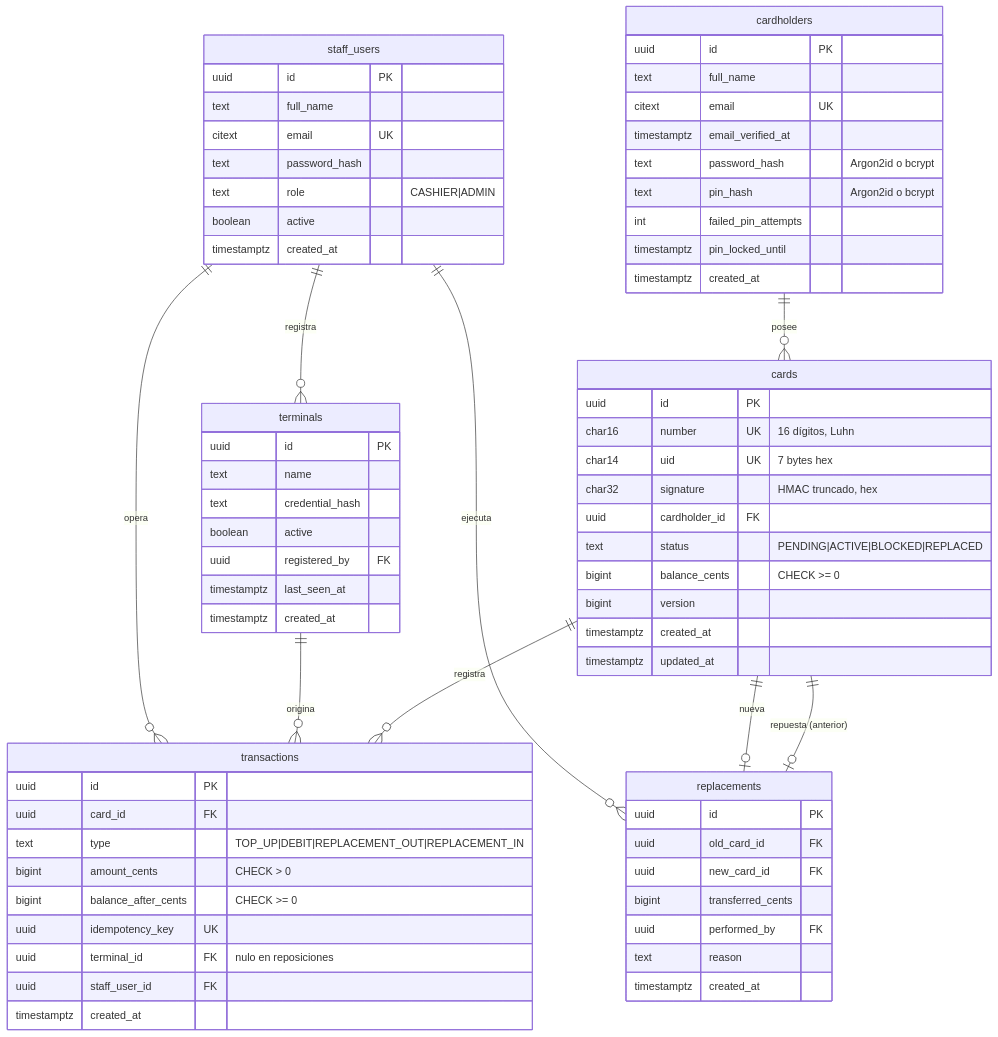
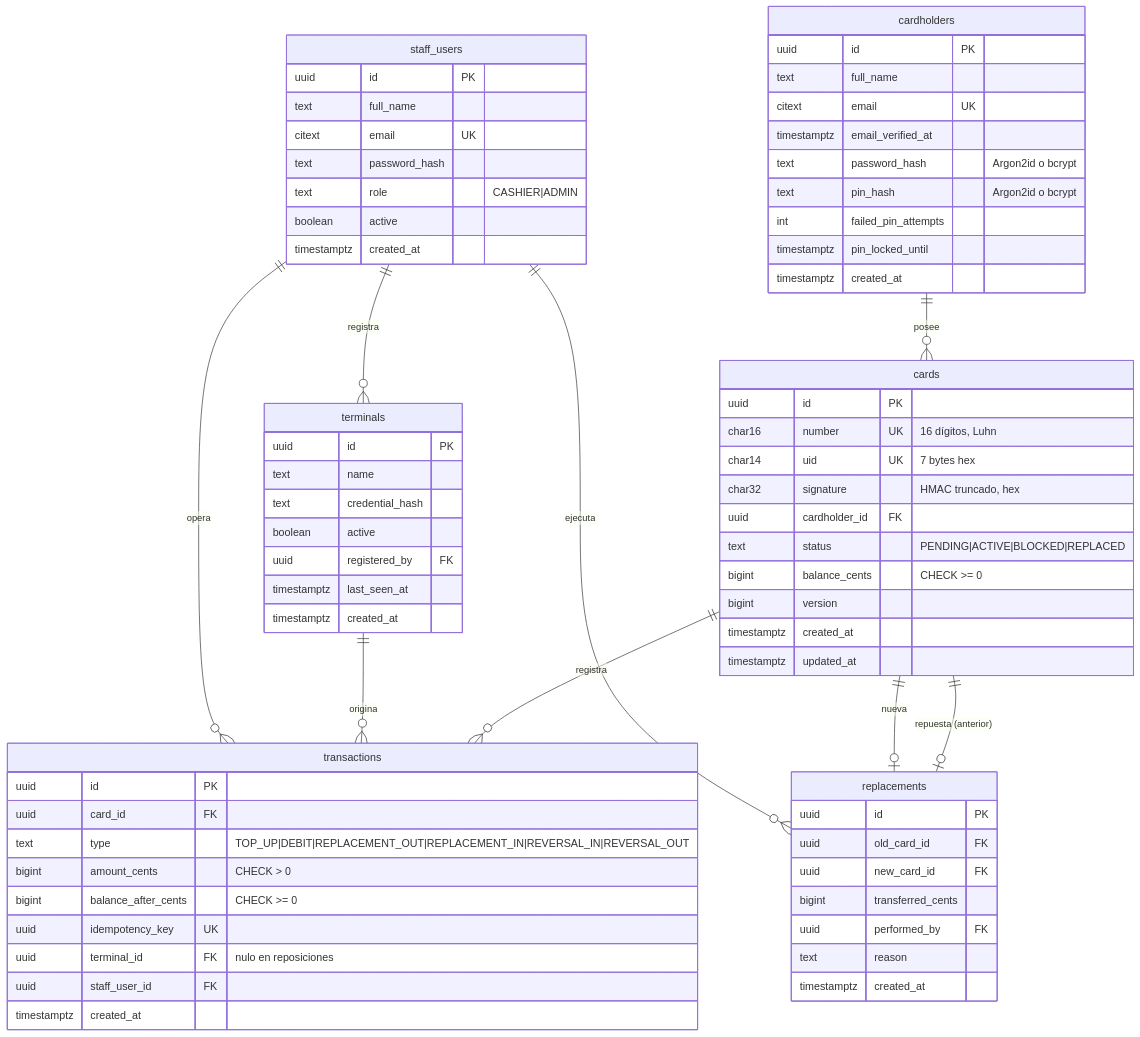
The diagram in docs/database.md (dn223/Monedero), drawn with Mermaid before and after one commit. The commit also changed other lines of this file and 31 other files, not shown here.

````diff
--- a/docs/database.md
+++ b/docs/database.md
@@ -9,73 +9,73 @@
 ```mermaid
 erDiagram
   cardholders ||--o{ cards : "posee"
   cards ||--o{ transactions : "registra"
   terminals ||--o{ transactions : "origina"
   staff_users ||--o{ transactions : "opera"
   cards ||--o| replacements : "repuesta (anterior)"
   cards ||--o| replacements : "nueva"
   staff_users ||--o{ replacements : "ejecuta"
   staff_users ||--o{ terminals : "registra"
 
   cardholders {
     uuid id PK
     text full_name
     citext email UK
     timestamptz email_verified_at
     text password_hash "Argon2id o bcrypt"
     text pin_hash "Argon2id o bcrypt"
     int failed_pin_attempts
     timestamptz pin_locked_until
     timestamptz created_at
   }
   cards {
     uuid id PK
     char16 number UK "16 dígitos, Luhn"
     char14 uid UK "7 bytes hex"
     char32 signature "HMAC truncado, hex"
     uuid cardholder_id FK
     text status "PENDING|ACTIVE|BLOCKED|REPLACED"
     bigint balance_cents "CHECK >= 0"
     bigint version
     timestamptz created_at
     timestamptz updated_at
   }
   transactions {
     uuid id PK
     uuid card_id FK
-    text type "TOP_UP|DEBIT|REPLACEMENT_OUT|REPLACEMENT_IN"
+    text type "TOP_UP|DEBIT|REPLACEMENT_OUT|REPLACEMENT_IN|REVERSAL_IN|REVERSAL_OUT"
     bigint amount_cents "CHECK > 0"
     bigint balance_after_cents "CHECK >= 0"
     uuid idempotency_key UK
     uuid terminal_id FK "nulo en reposiciones"
     uuid staff_user_id FK
     timestamptz created_at
   }
   replacements {
     uuid id PK
     uuid old_card_id FK
     uuid new_card_id FK
     bigint transferred_cents
     uuid performed_by FK
     text reason
     timestamptz created_at
   }
   terminals {
     uuid id PK
     text name
     text credential_hash
     boolean active
     uuid registered_by FK
     timestamptz last_seen_at
     timestamptz created_at
   }
   staff_users {
     uuid id PK
     text full_name
     citext email UK
     text password_hash
     text role "CASHIER|ADMIN"
     boolean active
     timestamptz created_at
   }
 ```
````
